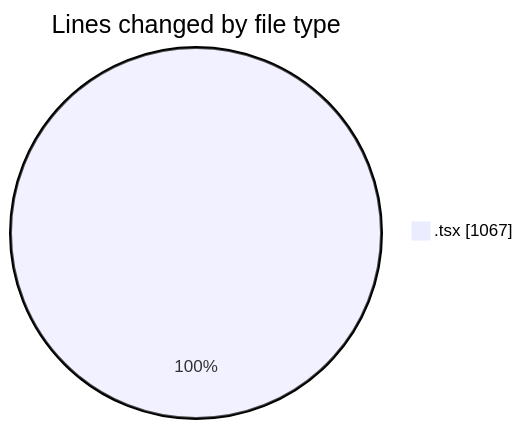
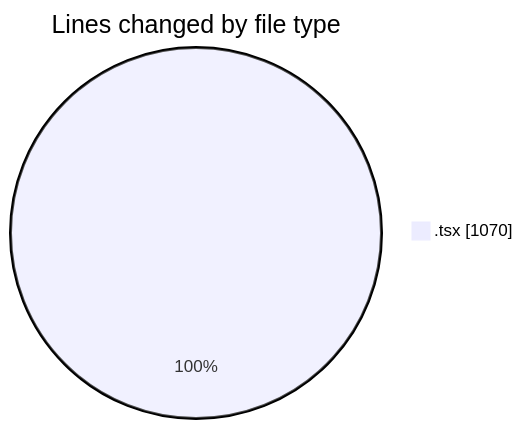
One commit to nxtqubesakshisongat/code-tracking changed the first of 2 diagrams in 2026-02-02/nxtqube_webapp/README.md. Above: the diagram before and after it, drawn with Mermaid. The commit also changed other lines of this file and 1 other file, not shown here.

````diff
--- a/2026-02-02/nxtqube_webapp/README.md
+++ b/2026-02-02/nxtqube_webapp/README.md
@@ -22,5 +22,5 @@
 ```mermaid
 pie showData
 title Lines changed by file type
-".tsx" : 1067
+".tsx" : 1070
 ```
````
